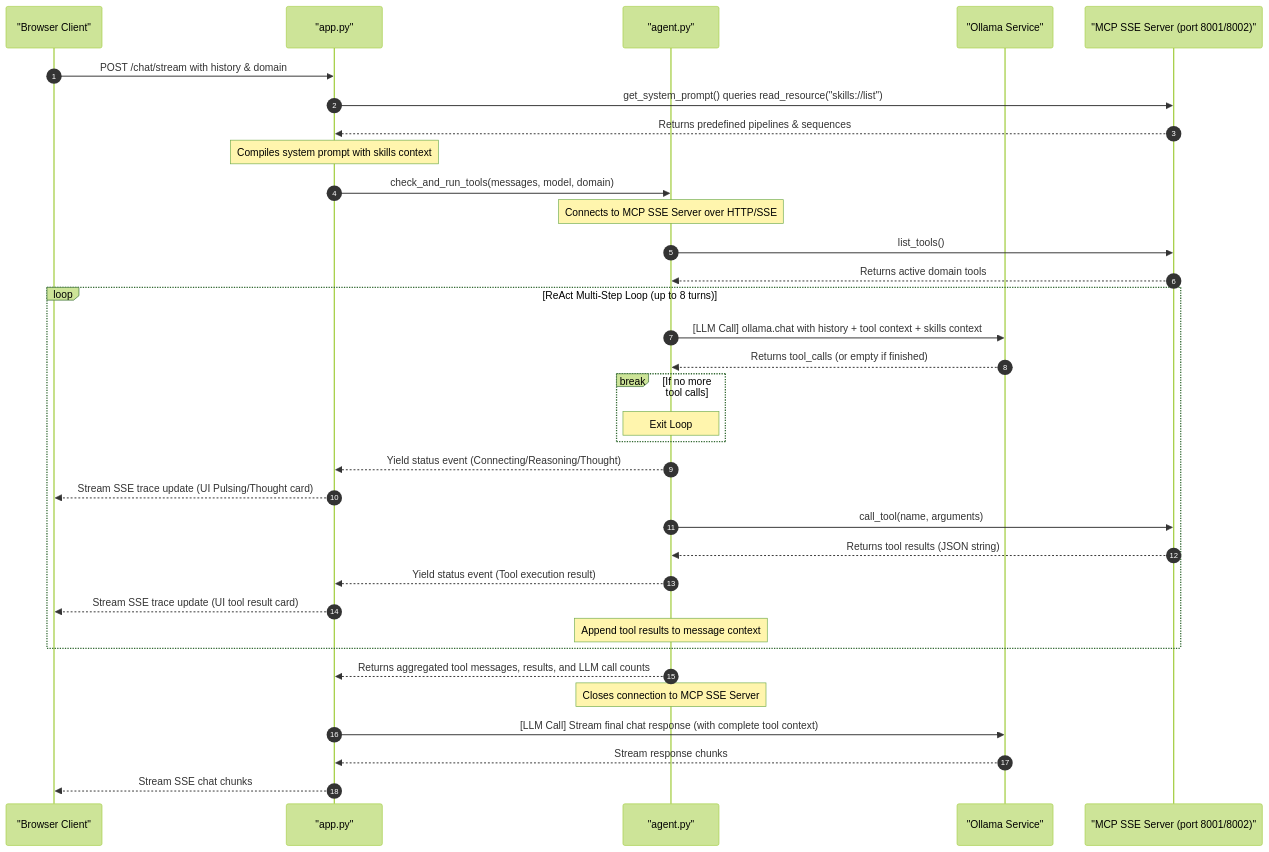
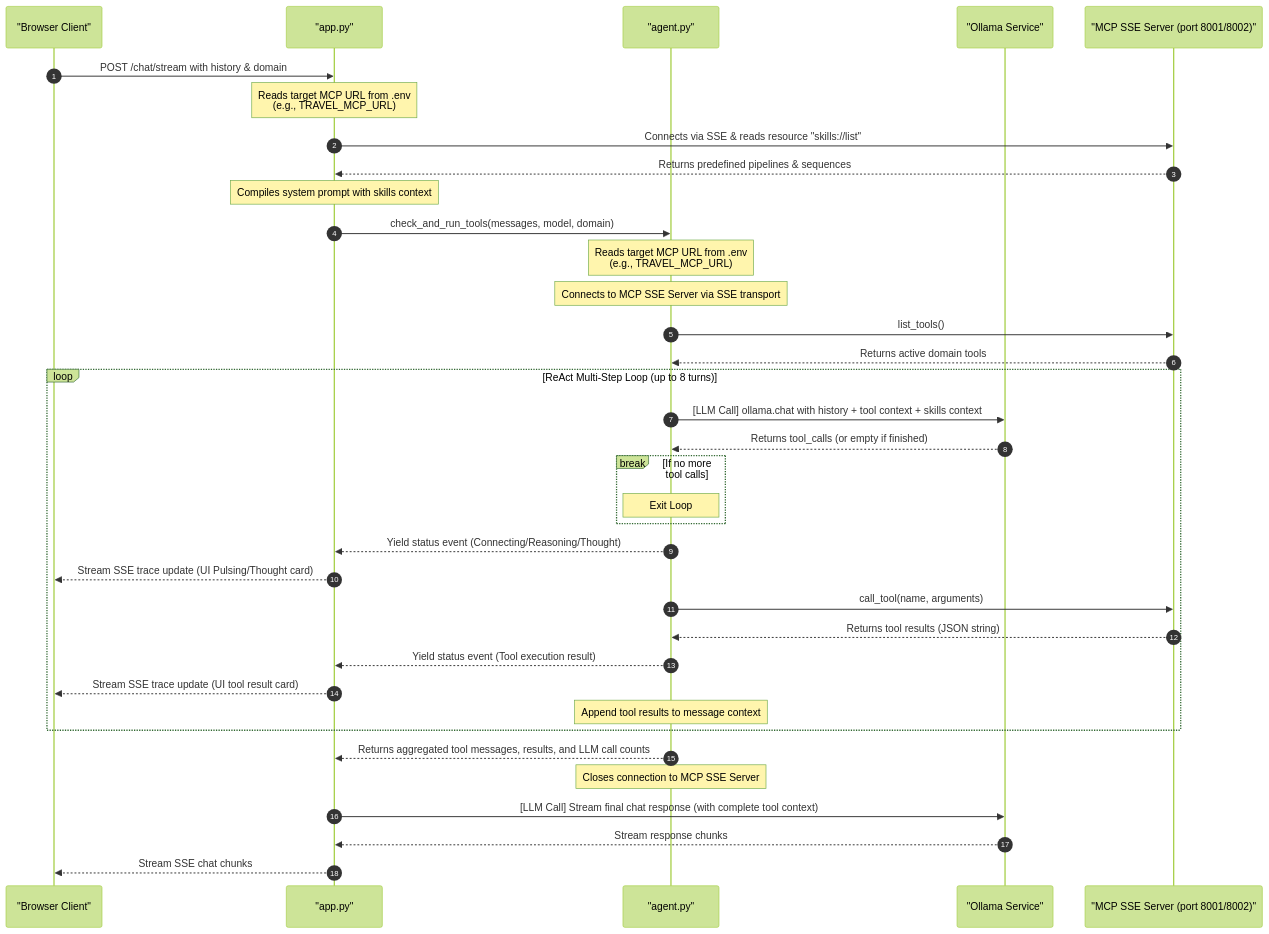
One commit to vdonthireddy/ollama-gemma-agents-mcp-skills changed the second of 5 diagrams in README.md. Above: the diagram before and after it, drawn with Mermaid (forest theme). The commit also changed other lines of this file, not shown here.

Commit message:
docs: clarify dynamic MCP server discovery & connection flow in README

````diff
--- a/README.md
+++ b/README.md
@@ -43,39 +43,41 @@
 ```mermaid
 sequenceDiagram
     autonumber
     participant Client as "Browser Client"
     participant App as "app.py"
     participant Agent as "agent.py"
     participant Ollama as "Ollama Service"
     participant MCPServer as "MCP SSE Server (port 8001/8002)"
 
     Client->>App: POST /chat/stream with history & domain
-    App->>MCPServer: get_system_prompt() queries read_resource("skills://list")
+    Note over App: Reads target MCP URL from .env<br/>(e.g., TRAVEL_MCP_URL)
+    App->>MCPServer: Connects via SSE & reads resource "skills://list"
     MCPServer-->>App: Returns predefined pipelines & sequences
     Note over App: Compiles system prompt with skills context
     App->>Agent: check_and_run_tools(messages, model, domain)
-    Note over Agent: Connects to MCP SSE Server over HTTP/SSE
+    Note over Agent: Reads target MCP URL from .env<br/>(e.g., TRAVEL_MCP_URL)
+    Note over Agent: Connects to MCP SSE Server via SSE transport
     Agent->>MCPServer: list_tools()
     MCPServer-->>Agent: Returns active domain tools
     
     loop ReAct Multi-Step Loop (up to 8 turns)
         Agent->>Ollama: [LLM Call] ollama.chat with history + tool context + skills context
         Ollama-->>Agent: Returns tool_calls (or empty if finished)
         break If no more tool calls
             Note over Agent: Exit Loop
         end
         Agent-->>App: Yield status event (Connecting/Reasoning/Thought)
         App-->>Client: Stream SSE trace update (UI Pulsing/Thought card)
         Agent->>MCPServer: call_tool(name, arguments)
         MCPServer-->>Agent: Returns tool results (JSON string)
         Agent-->>App: Yield status event (Tool execution result)
         App-->>Client: Stream SSE trace update (UI tool result card)
         Note over Agent: Append tool results to message context
     end
     
     Agent-->>App: Returns aggregated tool messages, results, and LLM call counts
     Note over Agent: Closes connection to MCP SSE Server
     App->>Ollama: [LLM Call] Stream final chat response (with complete tool context)
     Ollama-->>App: Stream response chunks
     App-->>Client: Stream SSE chat chunks
 ```
````
